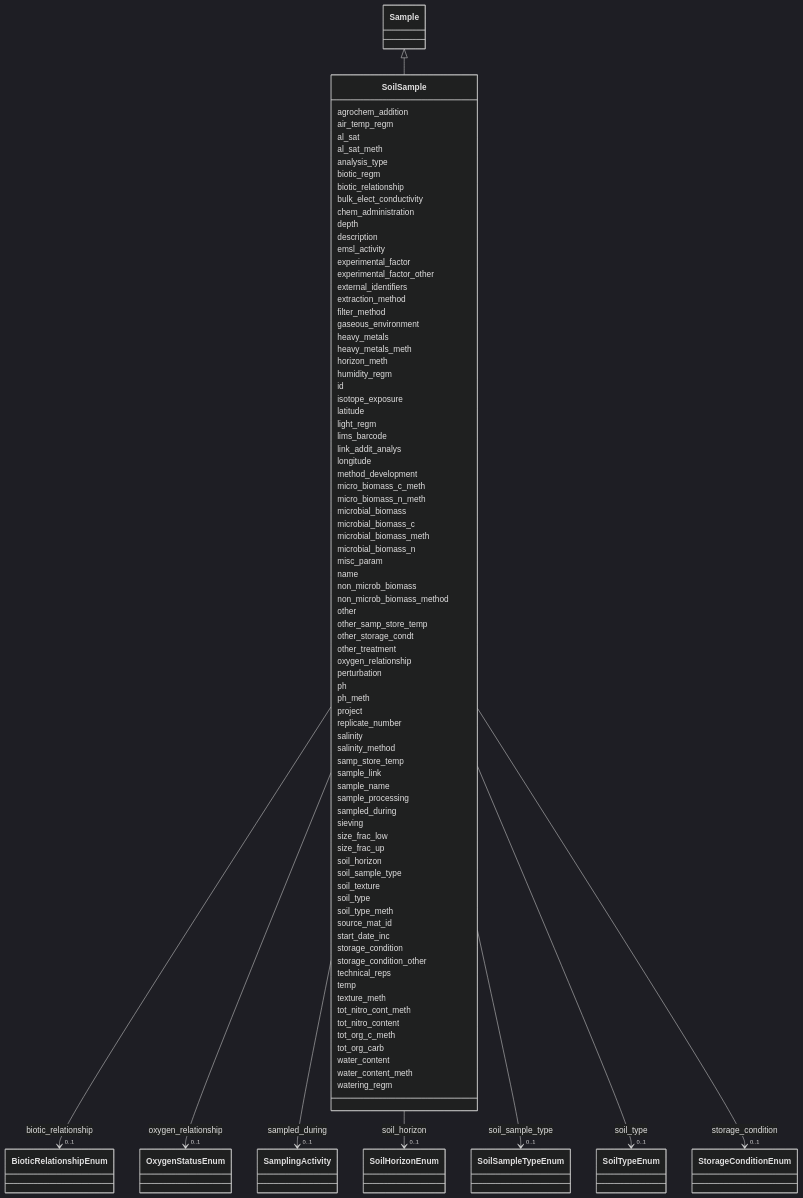
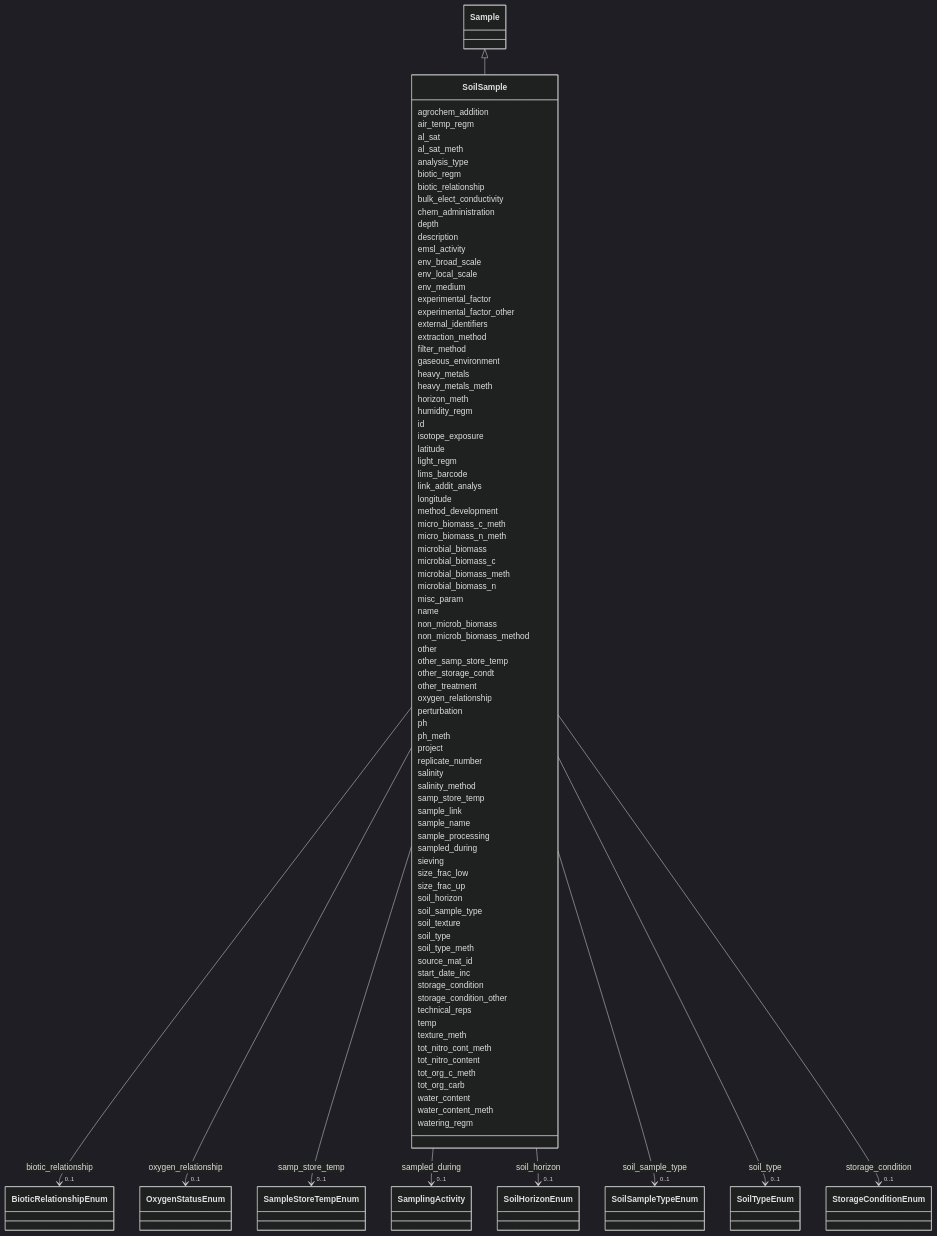
Before and after one commit to EMSL-Computing/BASALT-Schema: the diagram in docs/elements/SoilSample.md, drawn with Mermaid (dark theme). The commit also changed other lines of this file and 388 other files, not shown here.

```diff
--- a/docs/elements/SoilSample.md
+++ b/docs/elements/SoilSample.md
@@ -56,6 +56,12 @@
       SoilSample : description
         
       SoilSample : emsl_activity
+        
+      SoilSample : env_broad_scale
+        
+      SoilSample : env_local_scale
+        
+      SoilSample : env_medium
         
       SoilSample : experimental_factor
         
@@ -156,6 +162,11 @@
         
           
     
+    
+    
+    
+    SoilSample --> "0..1" SampleStoreTempEnum : samp_store_temp
+    click SampleStoreTempEnum href "../SampleStoreTempEnum"
     
 
         
```
